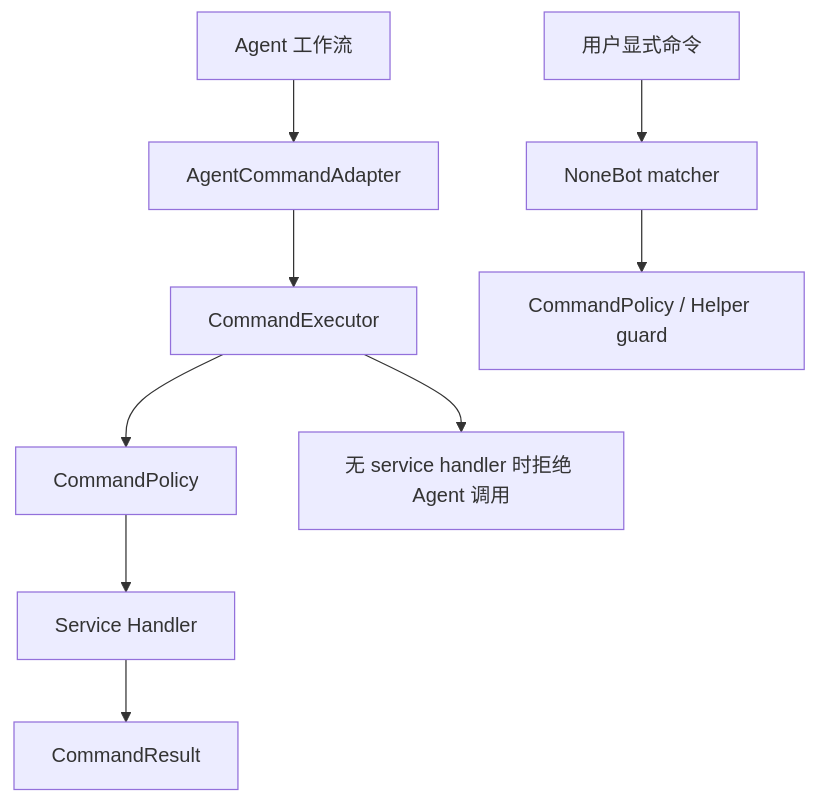
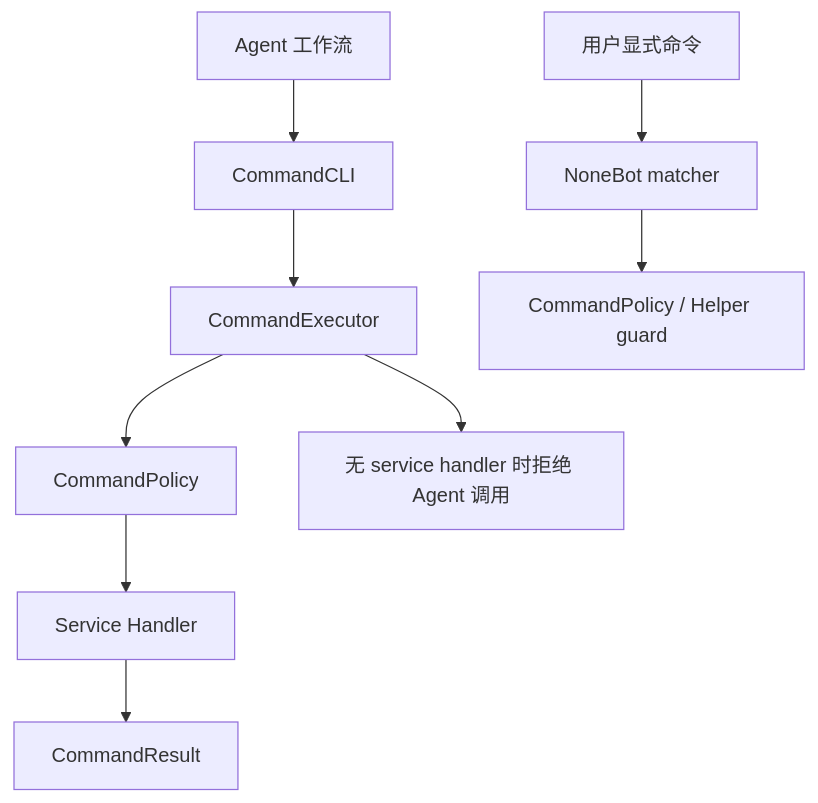
Before and after one commit to ClassRobot/ClassRobot: the second of 2 diagrams in src/platform/commands/README.md, drawn with Mermaid. The commit also changed other lines of this file and 219 other files, not shown here.

````diff
--- a/src/platform/commands/README.md
+++ b/src/platform/commands/README.md
@@ -79,11 +79,11 @@
 ```mermaid
 flowchart TD
     User["用户显式命令"] --> Matcher["NoneBot matcher"]
-    Agent["Agent 工作流"] --> Adapter["AgentCommandAdapter"]
-    Adapter --> Executor["CommandExecutor"]
+    Agent["Agent 工作流"] --> CLI["CommandCLI"]
+    CLI --> Executor["CommandExecutor"]
     Matcher --> Guard["CommandPolicy / Helper guard"]
     Executor --> Policy["CommandPolicy"]
     Policy --> Service["Service Handler"]
     Service --> Result["CommandResult"]
     Executor --> Reject["无 service handler 时拒绝 Agent 调用"]
 ```
````
